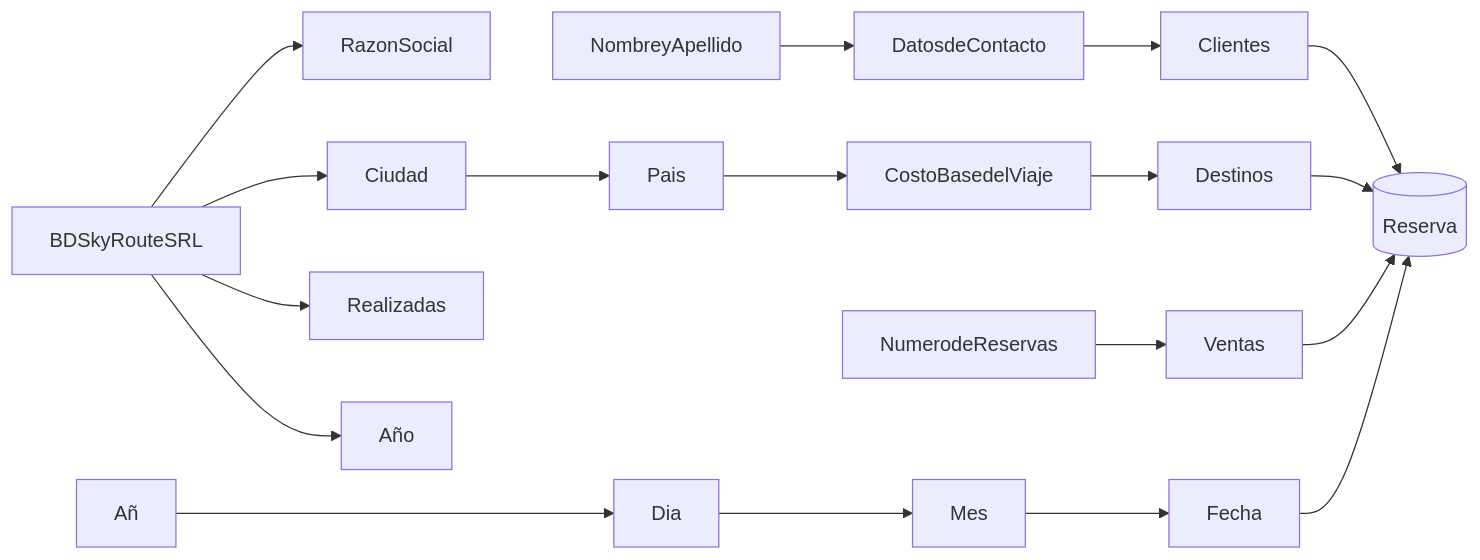
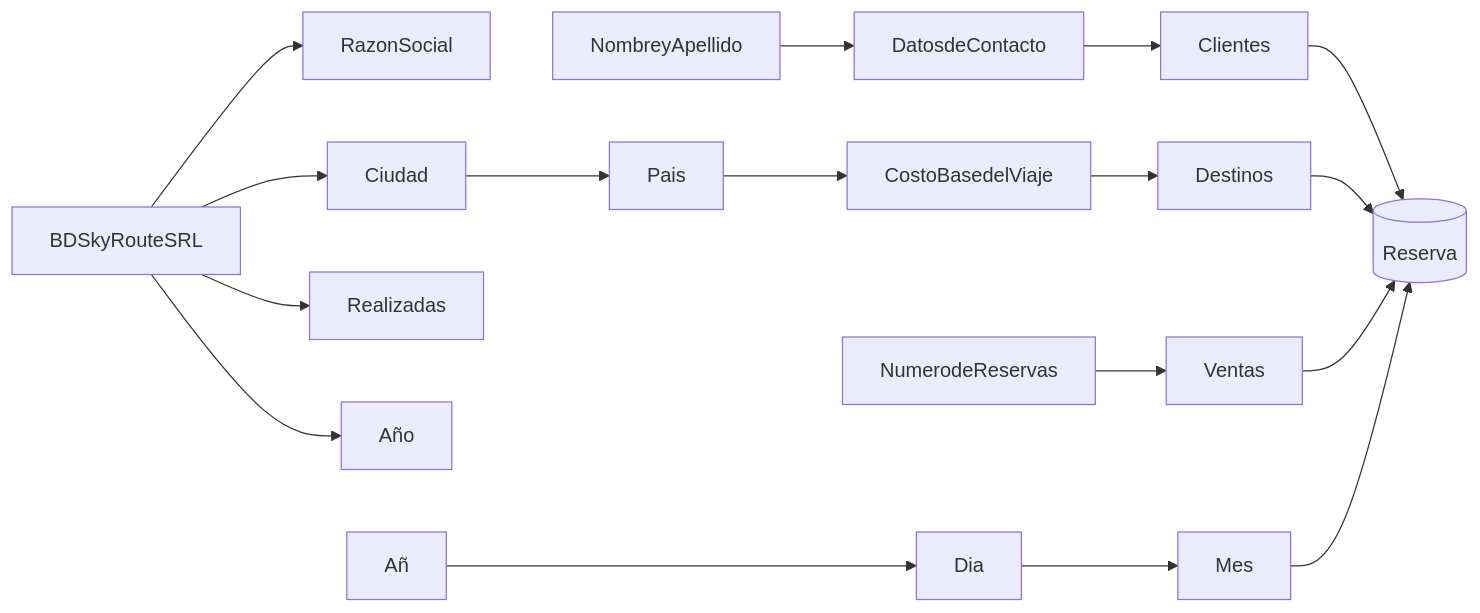
One commit to Juan-jcm-7/BD changed the diagram in README.MD. Above: the diagram before and after it, drawn with Mermaid.

````diff
--- a/README.MD
+++ b/README.MD
@@ -1,21 +1,20 @@
 ```mermaid
 graph LR;
   ordersDB[(Reserva)]
   BDSkyRouteSRL-->RazonSocial;
   BDSkyRouteSRL-->Ciudad
   BDSkyRouteSRL-->Realizadas
   NombreyApellido-->DatosdeContacto;
   DatosdeContacto-->Clientes;
   Clientes-->ordersDB;
   Ciudad-->Pais;
   Pais-->CostoBasedelViaje;
   CostoBasedelViaje-->Destinos;
   Destinos-->ordersDB;
   NumerodeReservas-->Ventas;
   Ventas-->ordersDB;
   BDSkyRouteSRL-->Año
   Año-->Dia
   Dia-->Mes;
-  Mes-->Fecha;
-  Fecha-->ordersDB;
+  Mes-->ordersDB;
 ```
````
